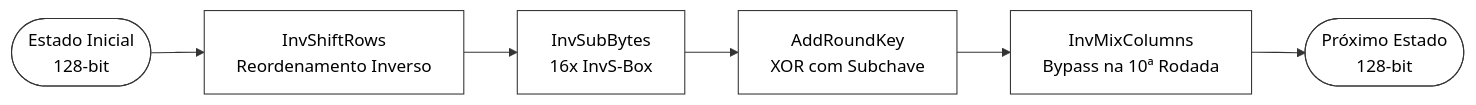
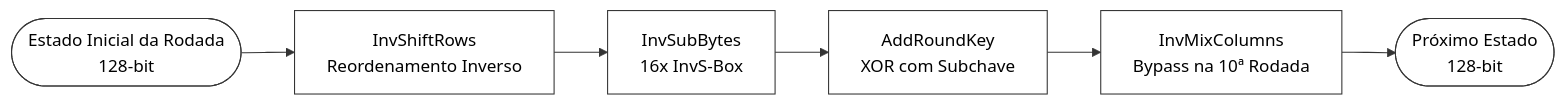
The third of 4 diagrams in docs/architecture/microarquitetura_v1.0.md (MatheusCarne/ciexpert-acelerador-aes-spi), drawn with Mermaid before and after one commit. The commit also changed other lines of this file, not shown here.

````diff
--- a/docs/architecture/microarquitetura_v1.0.md
+++ b/docs/architecture/microarquitetura_v1.0.md
@@ -77,15 +84,15 @@
 ```mermaid
 flowchart LR
-    IN([Estado Inicial<br/>128-bit]) --> ISR[InvShiftRows<br/>Reordenamento Inverso]
+    IN([Estado Inicial da Rodada<br/>128-bit]) --> ISR[InvShiftRows<br/>Reordenamento Inverso]
     ISR --> ISB[InvSubBytes<br/>16x InvS-Box]
     ISB --> ARK[AddRoundKey<br/>XOR com Subchave]
     ARK --> IMC[InvMixColumns<br/>Bypass na 10ª Rodada]
     IMC --> OUT([Próximo Estado<br/>128-bit])
     
     style IN fill:#ffffff,stroke:#333,color:#000
     style ISR fill:#ffffff,stroke:#333,color:#000
     style ISB fill:#ffffff,stroke:#333,color:#000
     style ARK fill:#ffffff,stroke:#333,color:#000
     style IMC fill:#ffffff,stroke:#333,color:#000
     style OUT fill:#ffffff,stroke:#333,color:#000
 ```
````
